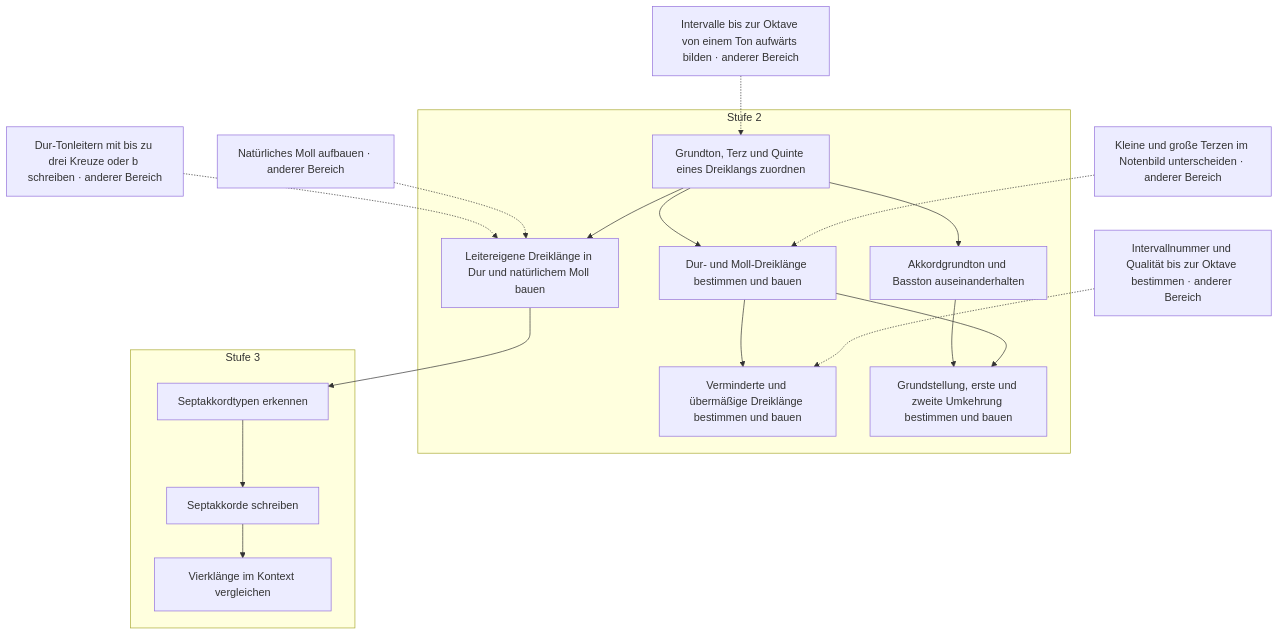
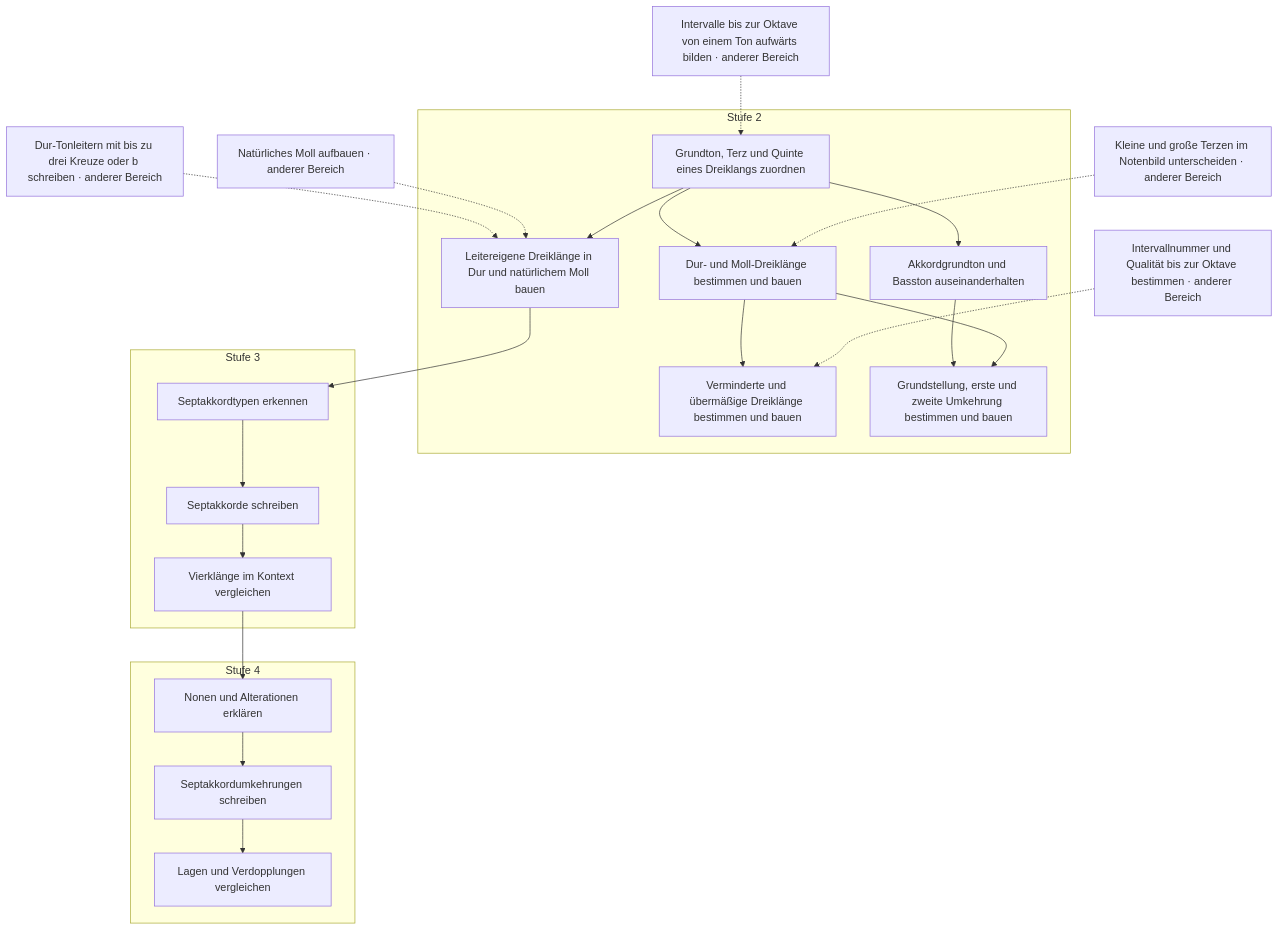
Before and after one commit to PhiFa96/harmonia: the seventh of 16 diagrams in docs/plan/faehigkeitsgraph-diagramme.md, drawn with Mermaid. The commit also changed other lines of this file and 41 other files, not shown here.

````diff
--- a/docs/plan/faehigkeitsgraph-diagramme.md
+++ b/docs/plan/faehigkeitsgraph-diagramme.md
@@ -461,35 +530,43 @@
 ```mermaid
 flowchart TD
   subgraph level2["Stufe 2"]
     s69["Grundton, Terz und Quinte eines Dreiklangs zuordnen"]
     s70["Dur- und Moll-Dreiklänge bestimmen und bauen"]
     s71["Verminderte und übermäßige Dreiklänge bestimmen und bauen"]
     s72["Akkordgrundton und Basston auseinanderhalten"]
     s73["Grundstellung, erste und zweite Umkehrung bestimmen und bauen"]
     s74["Leitereigene Dreiklänge in Dur und natürlichem Moll bauen"]
   end
   subgraph level3["Stufe 3"]
     s93["Septakkordtypen erkennen"]
     s94["Septakkorde schreiben"]
     s95["Vierklänge im Kontext vergleichen"]
+  end
+  subgraph level4["Stufe 4"]
+    s132["Nonen und Alterationen erklären"]
+    s133["Septakkordumkehrungen schreiben"]
+    s134["Lagen und Verdopplungen vergleichen"]
   end
   s54["Intervalle bis zur Oktave von einem Ton aufwärts bilden · anderer Bereich"]
   s26["Kleine und große Terzen im Notenbild unterscheiden · anderer Bereich"]
   s53["Intervallnummer und Qualität bis zur Oktave bestimmen · anderer Bereich"]
   s60["Dur-Tonleitern mit bis zu drei Kreuze oder b schreiben · anderer Bereich"]
   s62["Natürliches Moll aufbauen · anderer Bereich"]
   s54 -.-> s69
   s69 --> s70
   s26 -.-> s70
   s70 --> s71
   s53 -.-> s71
   s69 --> s72
   s72 --> s73
   s70 --> s73
   s60 -.-> s74
   s62 -.-> s74
   s69 --> s74
   s74 --> s93
   s93 --> s94
   s94 --> s95
+  s95 --> s132
+  s132 --> s133
+  s133 --> s134
 ```
````
